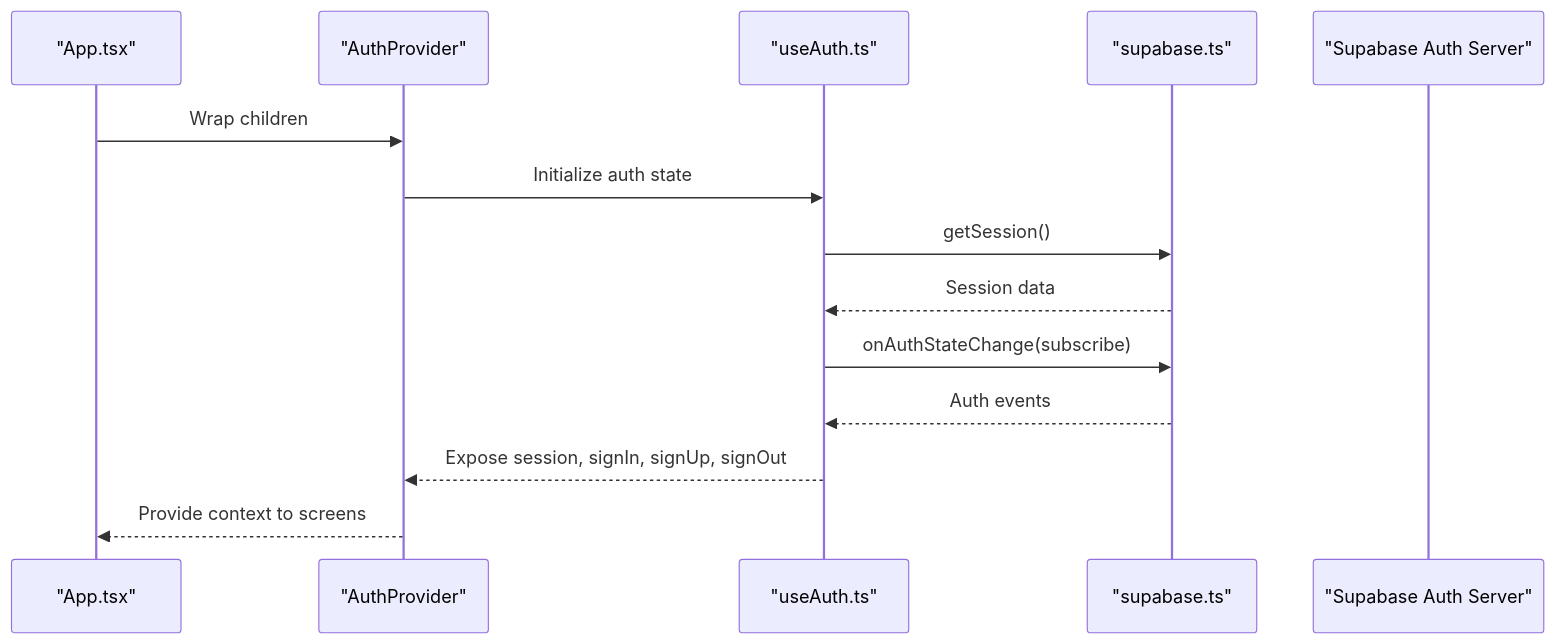
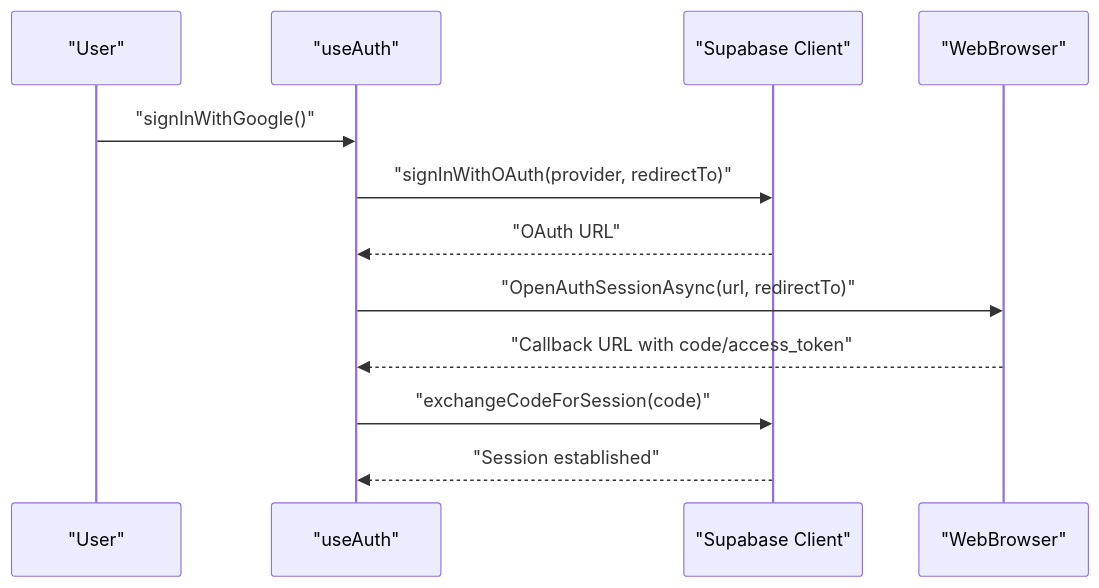
One commit to hunglevi87/Hidden-Gem changed the fourth of 10 diagrams in .qoder/repowiki/en/content/Architecture Overview/Architecture Overview.md. Above: the diagram before and after it, drawn with Mermaid. The commit also changed other lines of this file and 99 other files, not shown here.

````diff
--- a/.qoder/repowiki/en/content/Architecture Overview/Architecture Overview.md
+++ b/.qoder/repowiki/en/content/Architecture Overview/Architecture Overview.md
@@ -174,16 +218,14 @@
 ```mermaid
 sequenceDiagram
-participant App as "App.tsx"
-participant Provider as "AuthProvider"
-participant Hook as "useAuth.ts"
-participant Supabase as "supabase.ts"
-participant Server as "Supabase Auth Server"
-App->>Provider : Wrap children
-Provider->>Hook : Initialize auth state
-Hook->>Supabase : getSession()
-Supabase-->>Hook : Session data
-Hook->>Supabase : onAuthStateChange(subscribe)
-Supabase-->>Hook : Auth events
-Hook-->>Provider : Expose session, signIn, signUp, signOut
-Provider-->>App : Provide context to screens
+participant User as "User"
+participant AuthHook as "useAuth"
+participant Supabase as "Supabase Client"
+participant Browser as "WebBrowser"
+User->>AuthHook : "signInWithGoogle()"
+AuthHook->>Supabase : "signInWithOAuth(provider, redirectTo)"
+Supabase-->>AuthHook : "OAuth URL"
+AuthHook->>Browser : "OpenAuthSessionAsync(url, redirectTo)"
+Browser-->>AuthHook : "Callback URL with code/access_token"
+AuthHook->>Supabase : "exchangeCodeForSession(code)"
+Supabase-->>AuthHook : "Session established"
 ```
````
